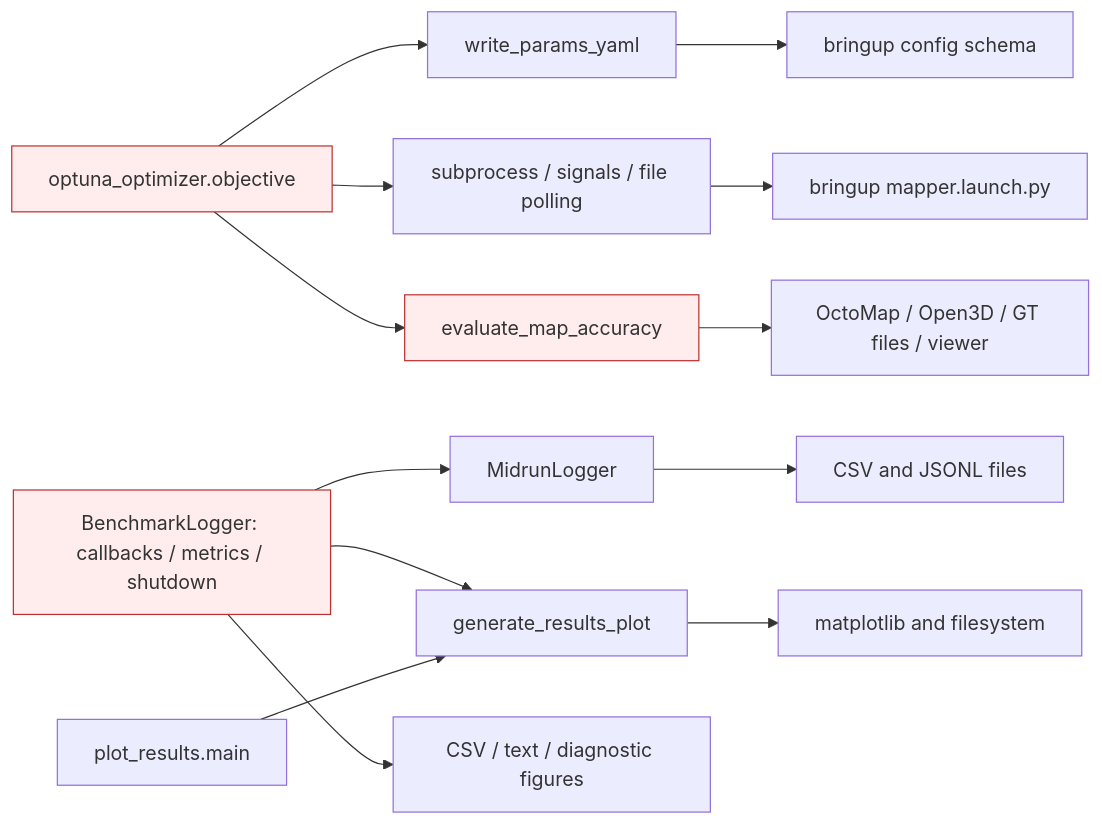
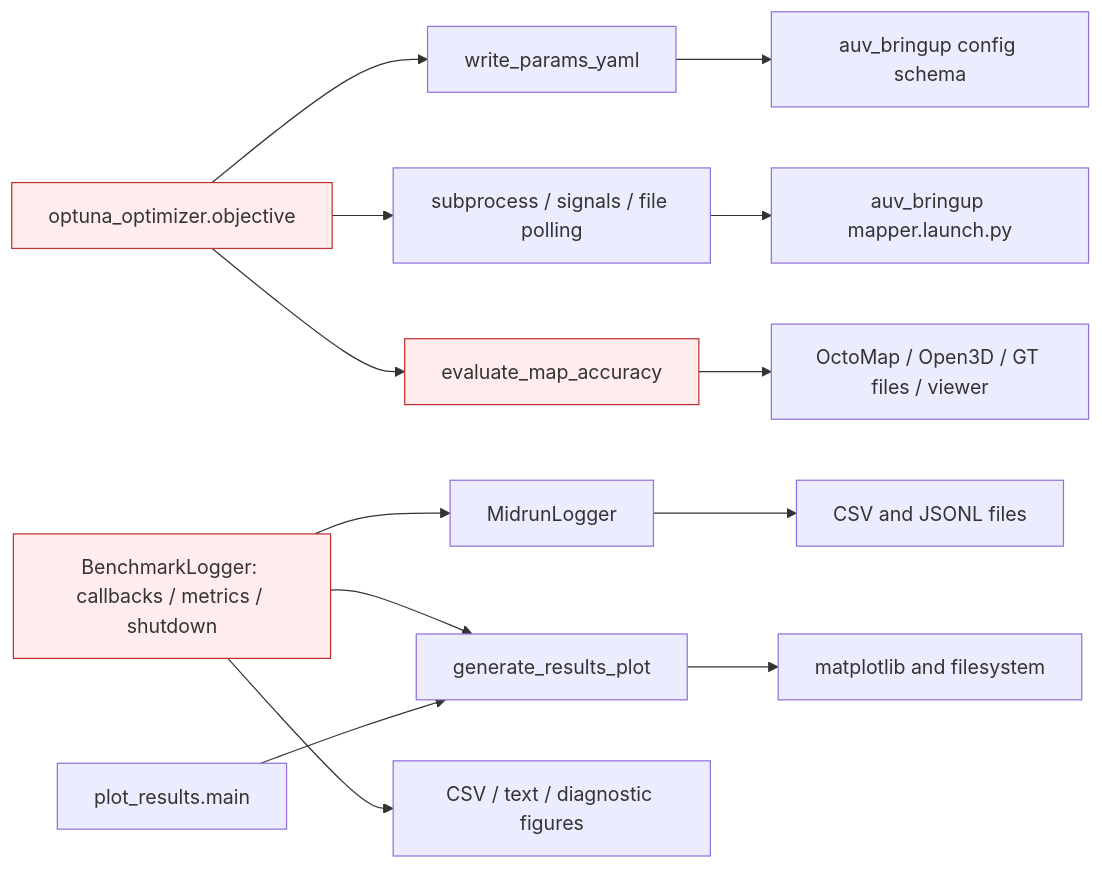
The first of 7 diagrams in src/docs/architecture/packages/benchmark_evaluator_audit.md (metinegearal/auv-nbv-inspection), drawn with Mermaid before and after one commit. The commit also changed other lines of this file and 455 other files, not shown here.

````diff
--- a/src/docs/architecture/packages/benchmark_evaluator_audit.md
+++ b/src/docs/architecture/packages/benchmark_evaluator_audit.md
@@ -35,17 +35,17 @@
 ```mermaid
 graph LR
  OPT[optuna_optimizer.objective] --> YAML[write_params_yaml]
  OPT --> PROC[subprocess / signals / file polling]
- YAML --> BR[bringup config schema]
- PROC --> LAUNCH[bringup mapper.launch.py]
+ YAML --> BR[auv_bringup config schema]
+ PROC --> LAUNCH[auv_bringup mapper.launch.py]
  OPT --> EV[evaluate_map_accuracy]
  EV --> MAP[OctoMap / Open3D / GT files / viewer]
  RUN[BenchmarkLogger: callbacks / metrics / shutdown] --> LOG[MidrunLogger]
  RUN --> PLOT[generate_results_plot]
  RUN --> CSV[CSV / text / diagnostic figures]
  LOG --> FILES[CSV and JSONL files]
  CLI[plot_results.main] --> PLOT
  PLOT --> MPL[matplotlib and filesystem]
  classDef leak fill:#ffeded,stroke:#bf3030
  class OPT,EV,RUN leak
 ```
````
